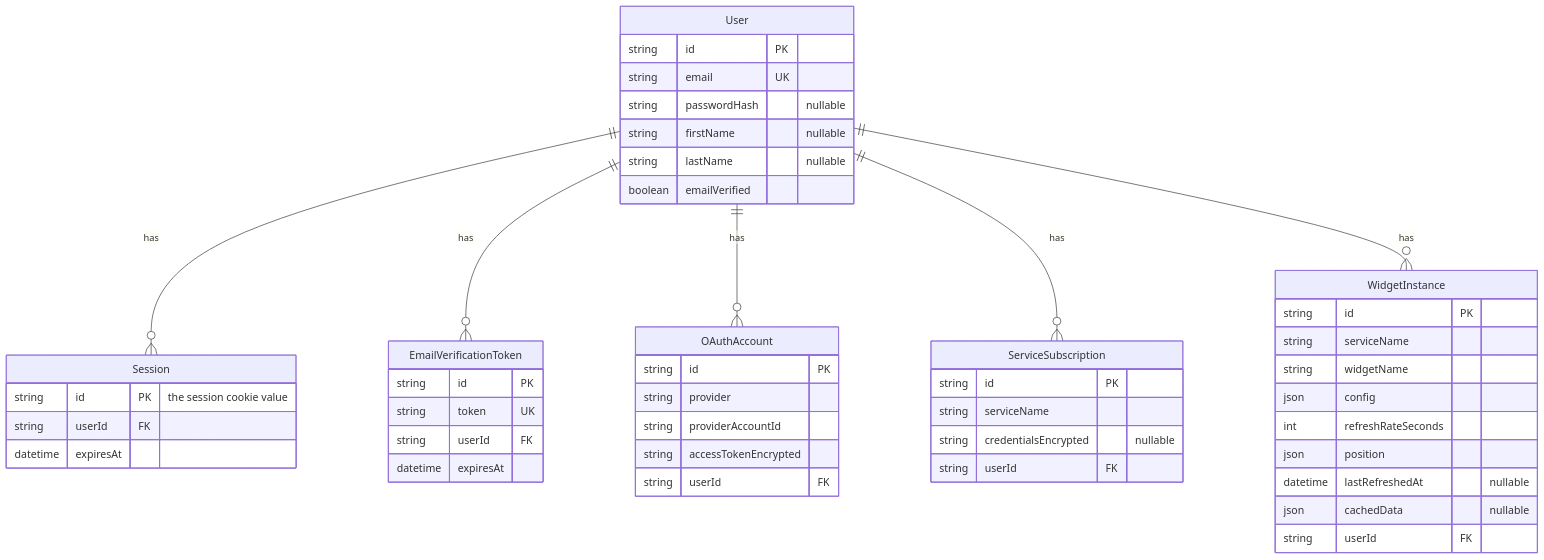
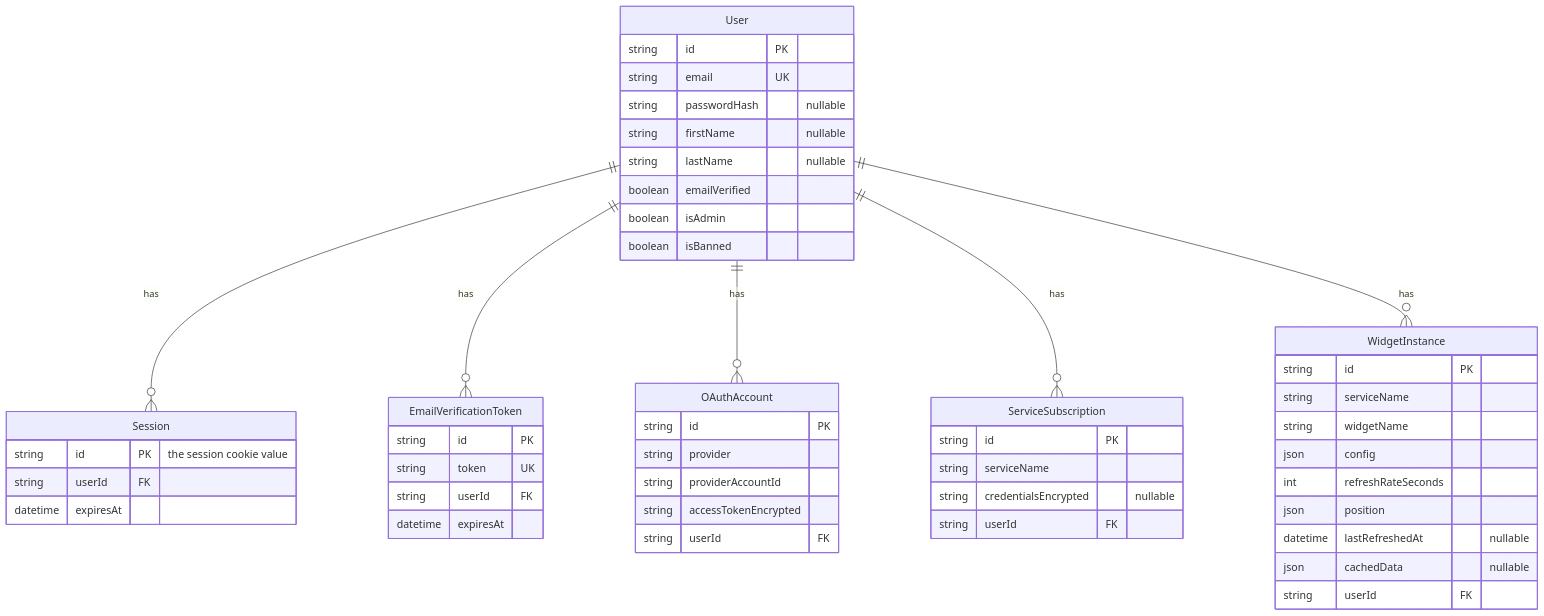
One commit to negi522007/Morex-dashboard changed the second of 8 diagrams in ARCHITECTURE.md. Above: the diagram before and after it, drawn with Mermaid. The commit also changed other lines of this file and 4 other files, not shown here.

````diff
--- a/ARCHITECTURE.md
+++ b/ARCHITECTURE.md
@@ -92,52 +90,54 @@
 ```mermaid
 erDiagram
     User ||--o{ Session : has
     User ||--o{ EmailVerificationToken : has
     User ||--o{ OAuthAccount : has
     User ||--o{ ServiceSubscription : has
     User ||--o{ WidgetInstance : has
 
     User {
         string id PK
         string email UK
         string passwordHash "nullable"
         string firstName "nullable"
         string lastName "nullable"
         boolean emailVerified
+        boolean isAdmin
+        boolean isBanned
     }
     Session {
         string id PK "the session cookie value"
         string userId FK
         datetime expiresAt
     }
     EmailVerificationToken {
         string id PK
         string token UK
         string userId FK
         datetime expiresAt
     }
     OAuthAccount {
         string id PK
         string provider
         string providerAccountId
         string accessTokenEncrypted
         string userId FK
     }
     ServiceSubscription {
         string id PK
         string serviceName
         string credentialsEncrypted "nullable"
         string userId FK
     }
     WidgetInstance {
         string id PK
         string serviceName
         string widgetName
         json config
         int refreshRateSeconds
         json position
         datetime lastRefreshedAt "nullable"
         json cachedData "nullable"
         string userId FK
     }
 ```
````
